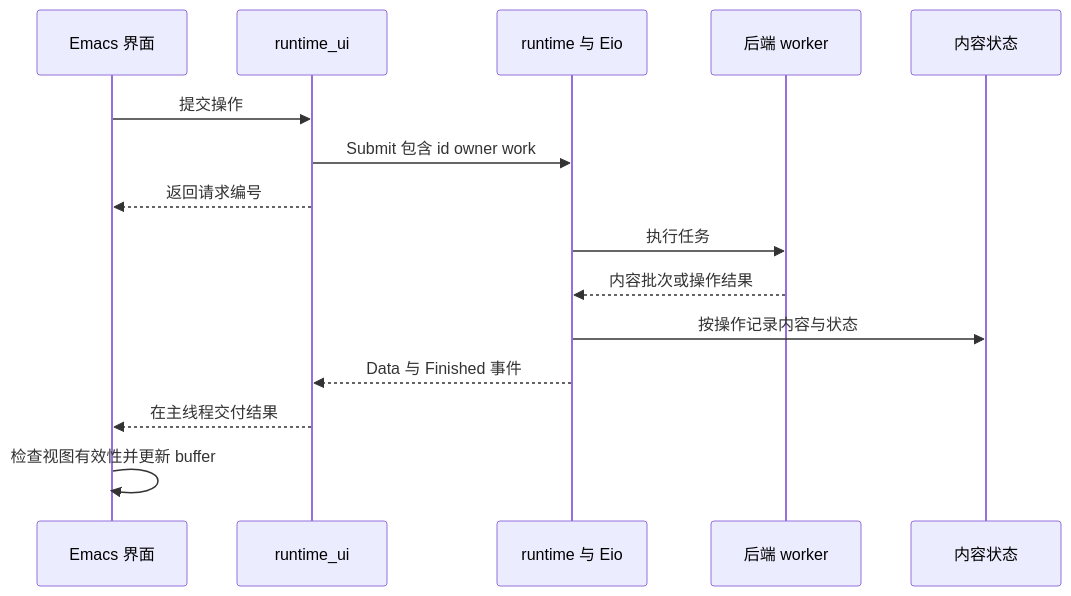
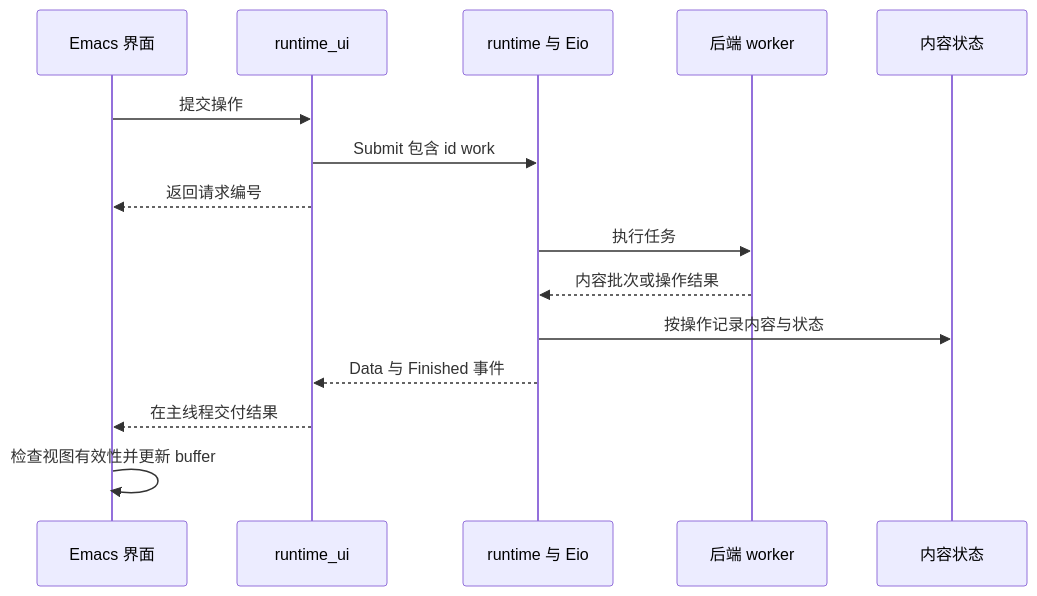
One commit to DzmingLi/camulus changed the diagram in docs/ARCHITECTURE.md. Above: the diagram before and after it, drawn with Mermaid. The commit also changed other lines of this file and 123 other files, not shown here.

````diff
--- a/docs/ARCHITECTURE.md
+++ b/docs/ARCHITECTURE.md
@@ -109,17 +113,17 @@
 ```mermaid
 sequenceDiagram
     participant U as Emacs 界面
     participant H as runtime_ui
     participant R as runtime 与 Eio
     participant B as 后端 worker
     participant S as 内容状态
     U->>H: 提交操作
-    H->>R: Submit 包含 id owner work
+    H->>R: Submit 包含 id work
     H-->>U: 返回请求编号
     R->>B: 执行任务
     B-->>R: 内容批次或操作结果
     R->>S: 按操作记录内容与状态
     R-->>H: Data 与 Finished 事件
     H-->>U: 在主线程交付结果
     U->>U: 检查视图有效性并更新 buffer
 ```
````
